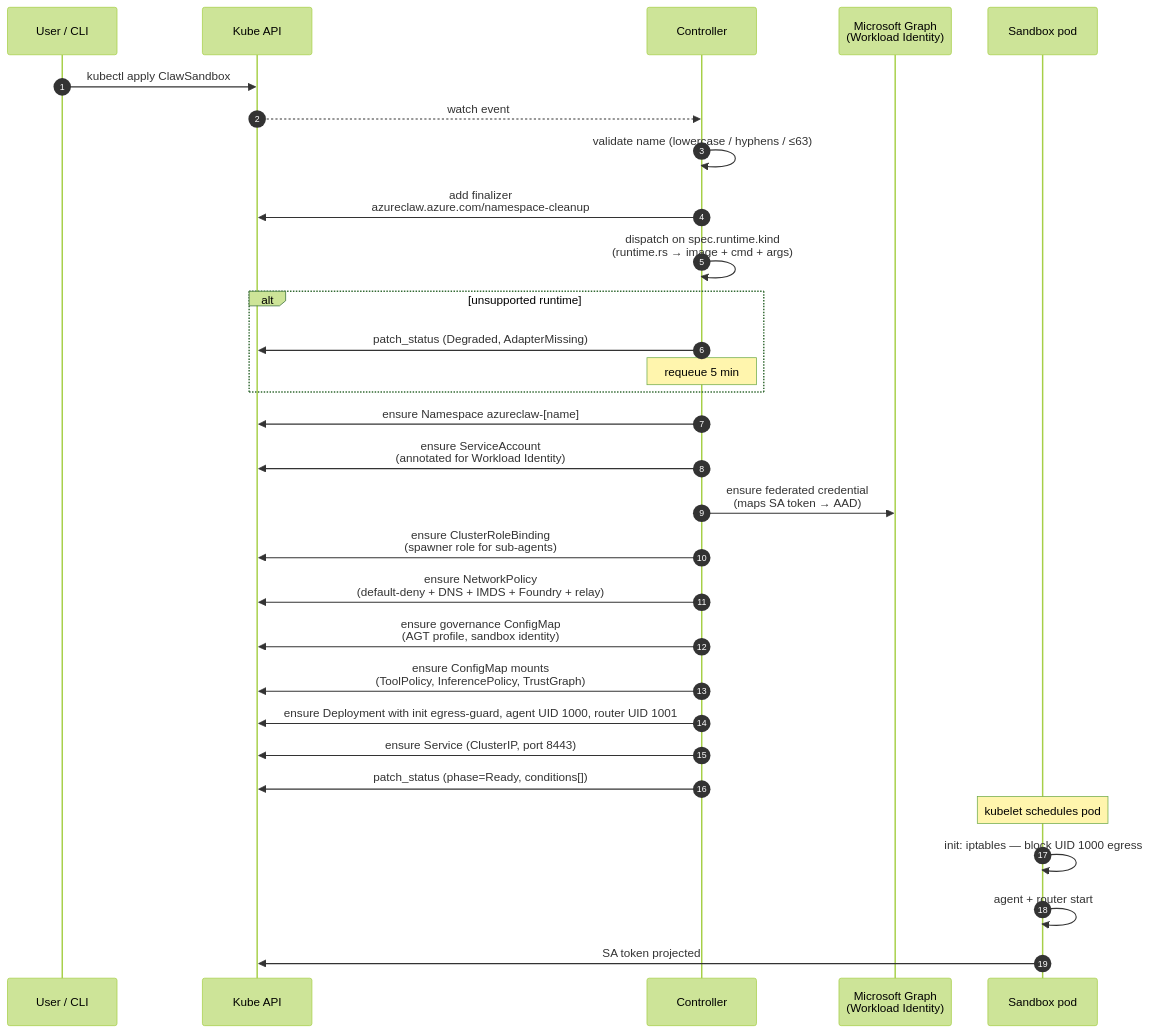
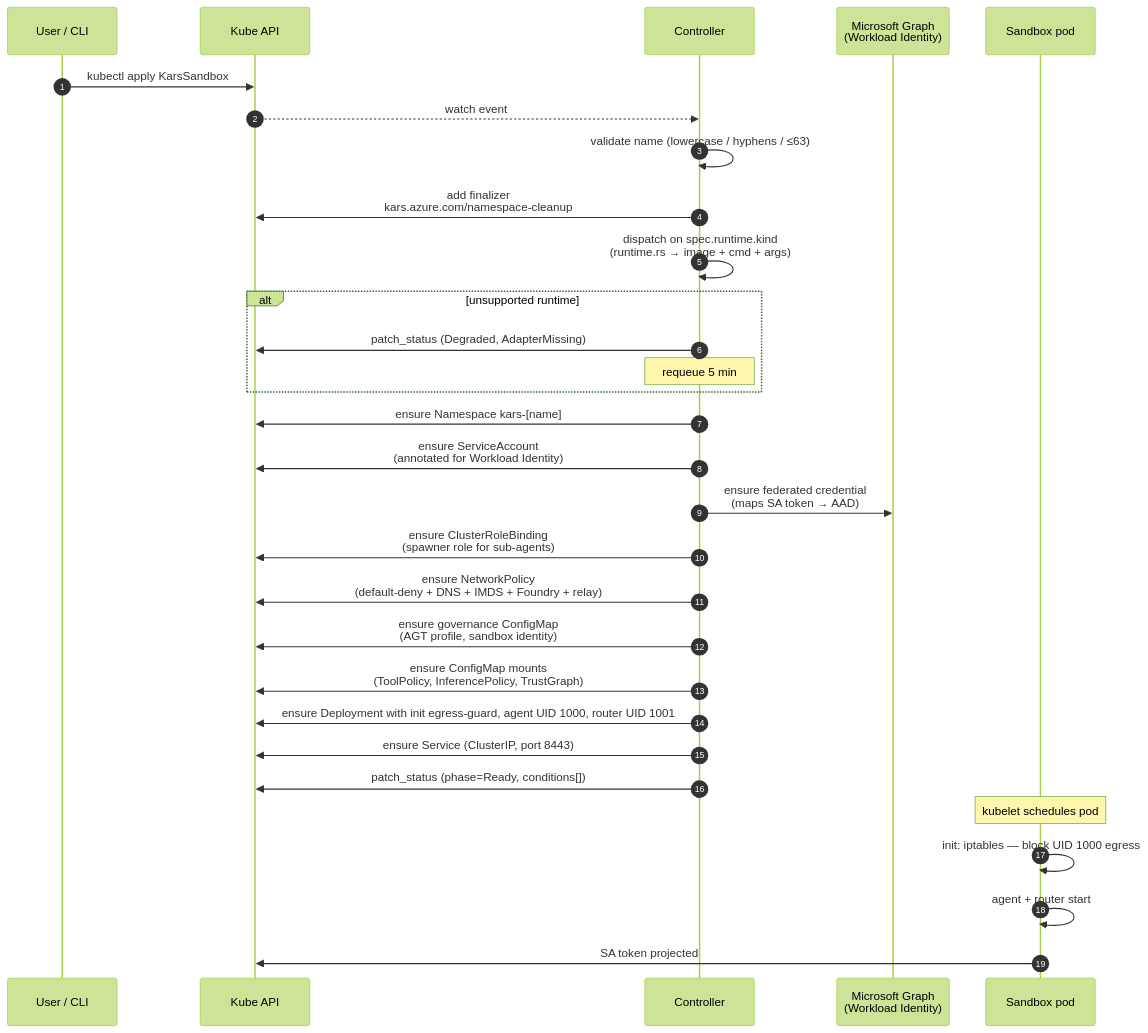
One commit to lachie83/kars changed the fourth of 7 diagrams in docs/api/lifecycle.md. Above: the diagram before and after it, drawn with Mermaid (forest theme). The commit also changed other lines of this file and 694 other files, not shown here.

````diff
--- a/docs/api/lifecycle.md
+++ b/docs/api/lifecycle.md
@@ -140,33 +140,33 @@
 ```mermaid
 sequenceDiagram
   autonumber
   participant U as User / CLI
   participant K as Kube API
   participant C as Controller
   participant AAD as Microsoft Graph<br/>(Workload Identity)
   participant Pod as Sandbox pod
 
-  U->>K: kubectl apply ClawSandbox
+  U->>K: kubectl apply KarsSandbox
   K-->>C: watch event
   C->>C: validate name (lowercase / hyphens / ≤63)
-  C->>K: add finalizer<br/>azureclaw.azure.com/namespace-cleanup
+  C->>K: add finalizer<br/>kars.azure.com/namespace-cleanup
   C->>C: dispatch on spec.runtime.kind<br/>(runtime.rs → image + cmd + args)
   alt unsupported runtime
     C->>K: patch_status (Degraded, AdapterMissing)
     Note over C: requeue 5 min
   end
-  C->>K: ensure Namespace azureclaw-[name]
+  C->>K: ensure Namespace kars-[name]
   C->>K: ensure ServiceAccount<br/>(annotated for Workload Identity)
   C->>AAD: ensure federated credential<br/>(maps SA token → AAD)
   C->>K: ensure ClusterRoleBinding<br/>(spawner role for sub-agents)
   C->>K: ensure NetworkPolicy<br/>(default-deny + DNS + IMDS + Foundry + relay)
   C->>K: ensure governance ConfigMap<br/>(AGT profile, sandbox identity)
   C->>K: ensure ConfigMap mounts<br/>(ToolPolicy, InferencePolicy, TrustGraph)
   C->>K: ensure Deployment with init egress-guard, agent UID 1000, router UID 1001
   C->>K: ensure Service (ClusterIP, port 8443)
   C->>K: patch_status (phase=Ready, conditions[])
   Note over Pod: kubelet schedules pod
   Pod->>Pod: init: iptables — block UID 1000 egress
   Pod->>Pod: agent + router start
   Pod->>K: SA token projected
 ```
````
